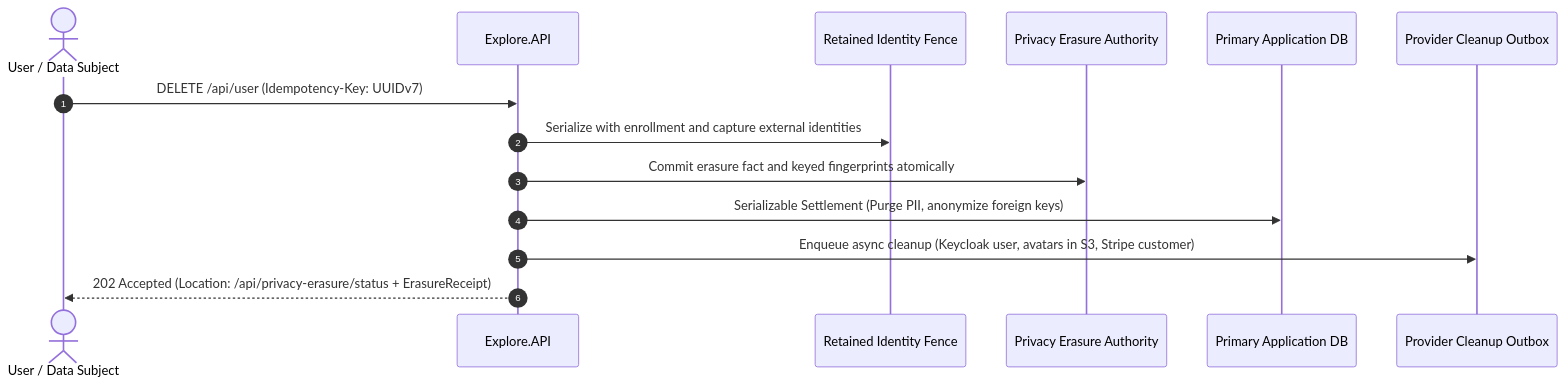
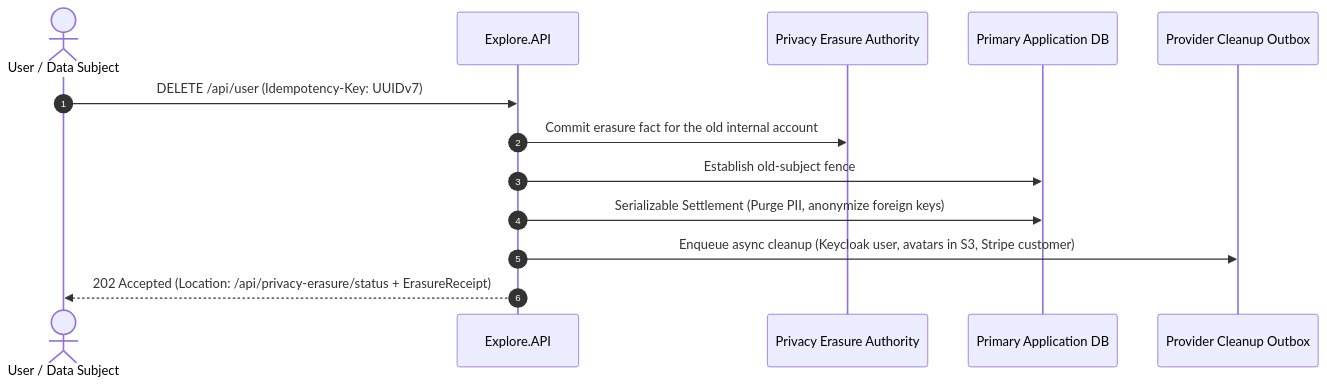
The diagram in docs/public/documentation/readme/security-and-identity/privacy-erasure.md (islamu-ngo/Event), drawn with Mermaid before and after one commit. The commit also changed other lines of this file and 30 other files, not shown here.

First line of the commit message:
fix(privacy): permit fresh signup after ordinary account erasure

````diff
--- a/docs/public/documentation/readme/security-and-identity/privacy-erasure.md
+++ b/docs/public/documentation/readme/security-and-identity/privacy-erasure.md
@@ -17,17 +17,16 @@
 ```mermaid
 sequenceDiagram
     autonumber
     actor User as User / Data Subject
     participant API as Explore.API
-    participant Fence as Retained Identity Fence
     participant AuthStore as Privacy Erasure Authority
     participant AppDB as Primary Application DB
     participant Outbox as Provider Cleanup Outbox
 
     User->>API: DELETE /api/user (Idempotency-Key: UUIDv7)
-    API->>Fence: Serialize with enrollment and capture external identities
-    API->>AuthStore: Commit erasure fact and keyed fingerprints atomically
+    API->>AuthStore: Commit erasure fact for the old internal account
+    API->>AppDB: Establish old-subject fence
     API->>AppDB: Serializable Settlement (Purge PII, anonymize foreign keys)
     API->>Outbox: Enqueue async cleanup (Keycloak user, avatars in S3, Stripe customer)
     API-->>User: 202 Accepted (Location: /api/privacy-erasure/status + ErasureReceipt)
 ```
````
